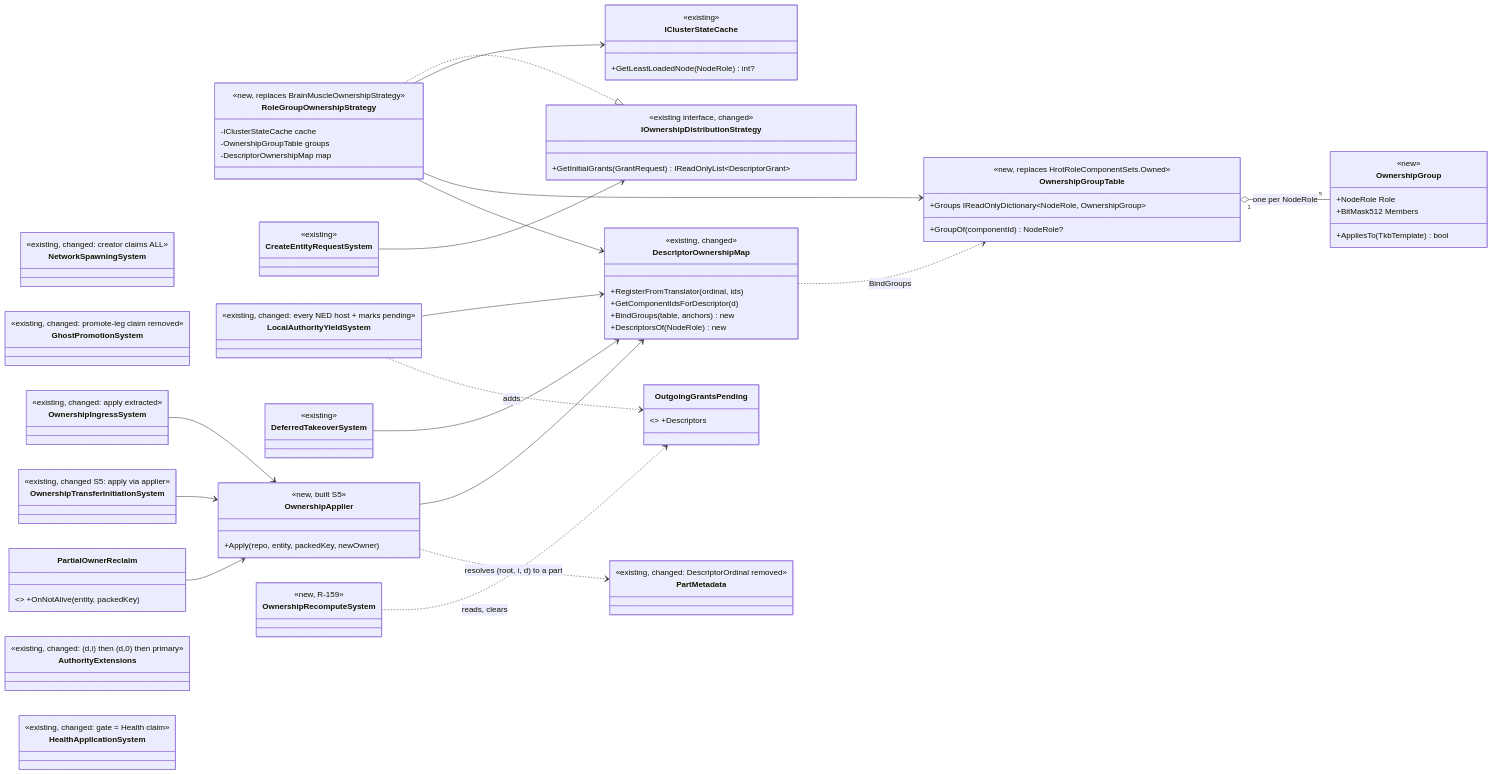
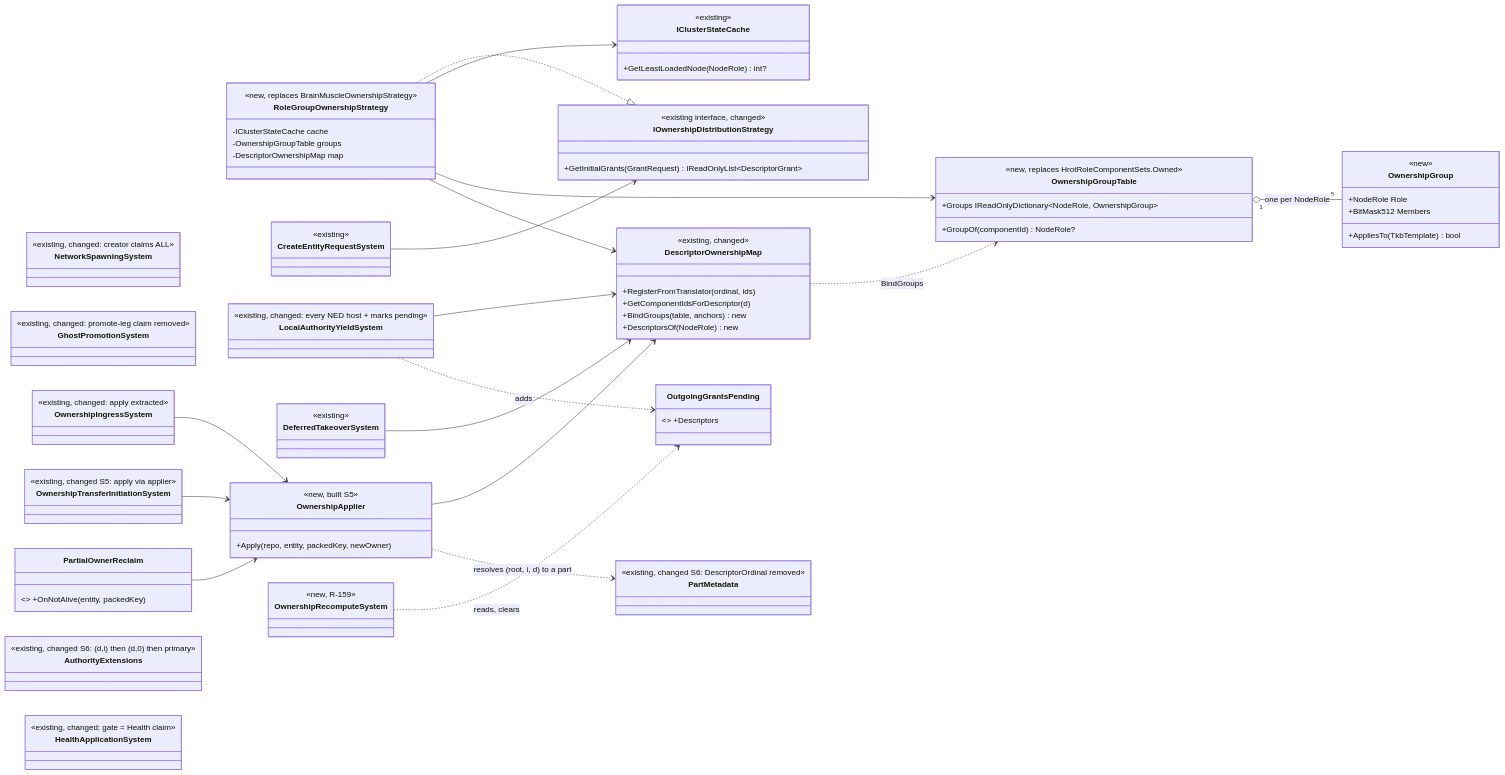
Before and after one commit to pjanec/HROT: the second of 5 diagrams in docs/DESIGN_Ownership_Groups_And_Grants.md, drawn with Mermaid. The commit also changed other lines of this file and 16 other files, not shown here.

First line of the commit message:
S6 (in verification): parts — gate (d,i)→(d,0)→primary, part claims follow their record, per-instance apply, PartMetadata.DescriptorOrdinal removed, CE-507, EQS result egress gated (F-12)

````diff
--- a/docs/DESIGN_Ownership_Groups_And_Grants.md
+++ b/docs/DESIGN_Ownership_Groups_And_Grants.md
@@ -207,70 +208,70 @@
 ```mermaid
 classDiagram
   direction LR
   class OwnershipGroup {
     <<new>>
     +NodeRole Role
     +BitMask512 Members
     +AppliesTo(TkbTemplate) bool
   }
   class OwnershipGroupTable {
     <<new, replaces HrotRoleComponentSets.Owned>>
     +Groups IReadOnlyDictionary~NodeRole, OwnershipGroup~
     +GroupOf(componentId) NodeRole?
   }
   class DescriptorOwnershipMap {
     <<existing, changed>>
     +RegisterFromTranslator(ordinal, ids)
     +GetComponentIdsForDescriptor(d)
     +BindGroups(table, anchors) new
     +DescriptorsOf(NodeRole) new
   }
   class IOwnershipDistributionStrategy {
     <<existing interface, changed>>
     +GetInitialGrants(GrantRequest) IReadOnlyList~DescriptorGrant~
   }
   class RoleGroupOwnershipStrategy {
     <<new, replaces BrainMuscleOwnershipStrategy>>
     -IClusterStateCache cache
     -OwnershipGroupTable groups
     -DescriptorOwnershipMap map
   }
   class IClusterStateCache {
     <<existing>>
     +GetLeastLoadedNode(NodeRole) int?
   }
   class CreateEntityRequestSystem { <<existing>> }
   class NetworkSpawningSystem { <<existing, changed: creator claims ALL>> }
   class LocalAuthorityYieldSystem { <<existing, changed: every NED host + marks pending>> }
   class OutgoingGrantsPending { <<new LOCAL component>> +Descriptors }
   class DeferredTakeoverSystem { <<existing>> }
   class GhostPromotionSystem { <<existing, changed: promote-leg claim removed>> }
   class OwnershipIngressSystem { <<existing, changed: apply extracted>> }
   class OwnershipApplier {
     <<new, built S5>>
     +Apply(repo, entity, packedKey, newOwner)
   }
   class OwnershipTransferInitiationSystem { <<existing, changed S5: apply via applier>> }
   class OwnershipRecomputeSystem { <<new, R-159>> }
   class PartialOwnerReclaim { <<new, R-167>> +OnNotAlive(entity, packedKey) }
-  class AuthorityExtensions { <<existing, changed: (d,i) then (d,0) then primary>> }
-  class PartMetadata { <<existing, changed: DescriptorOrdinal removed>> }
+  class AuthorityExtensions { <<existing, changed S6: (d,i) then (d,0) then primary>> }
+  class PartMetadata { <<existing, changed S6: DescriptorOrdinal removed>> }
   class HealthApplicationSystem { <<existing, changed: gate = Health claim>> }
 
   OwnershipGroupTable "1" o-- "5" OwnershipGroup : one per NodeRole
   DescriptorOwnershipMap ..> OwnershipGroupTable : BindGroups
   RoleGroupOwnershipStrategy ..|> IOwnershipDistributionStrategy
   RoleGroupOwnershipStrategy --> IClusterStateCache
   RoleGroupOwnershipStrategy --> OwnershipGroupTable
   RoleGroupOwnershipStrategy --> DescriptorOwnershipMap
   CreateEntityRequestSystem --> IOwnershipDistributionStrategy
   LocalAuthorityYieldSystem --> DescriptorOwnershipMap
   LocalAuthorityYieldSystem ..> OutgoingGrantsPending : adds
   DeferredTakeoverSystem --> DescriptorOwnershipMap
   OwnershipIngressSystem --> OwnershipApplier
   OwnershipTransferInitiationSystem --> OwnershipApplier
   PartialOwnerReclaim --> OwnershipApplier
   OwnershipApplier --> DescriptorOwnershipMap
   OwnershipApplier ..> PartMetadata : resolves (root, i, d) to a part
   OwnershipRecomputeSystem ..> OutgoingGrantsPending : reads, clears
 ```
````
